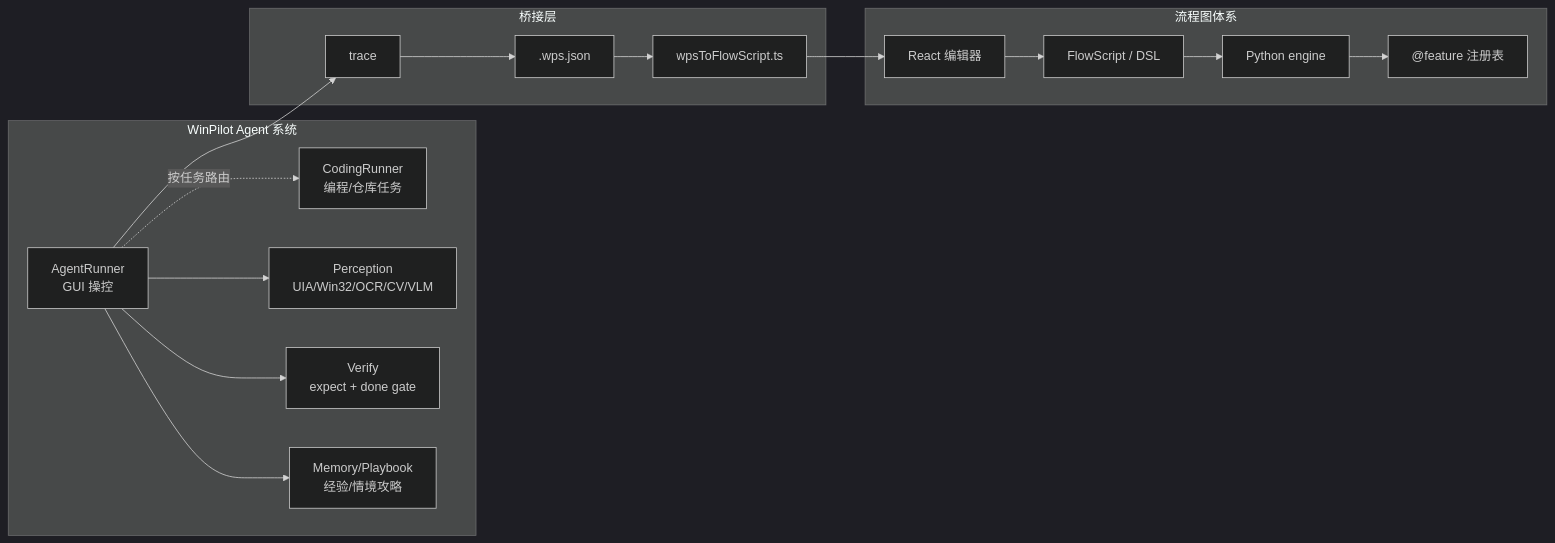
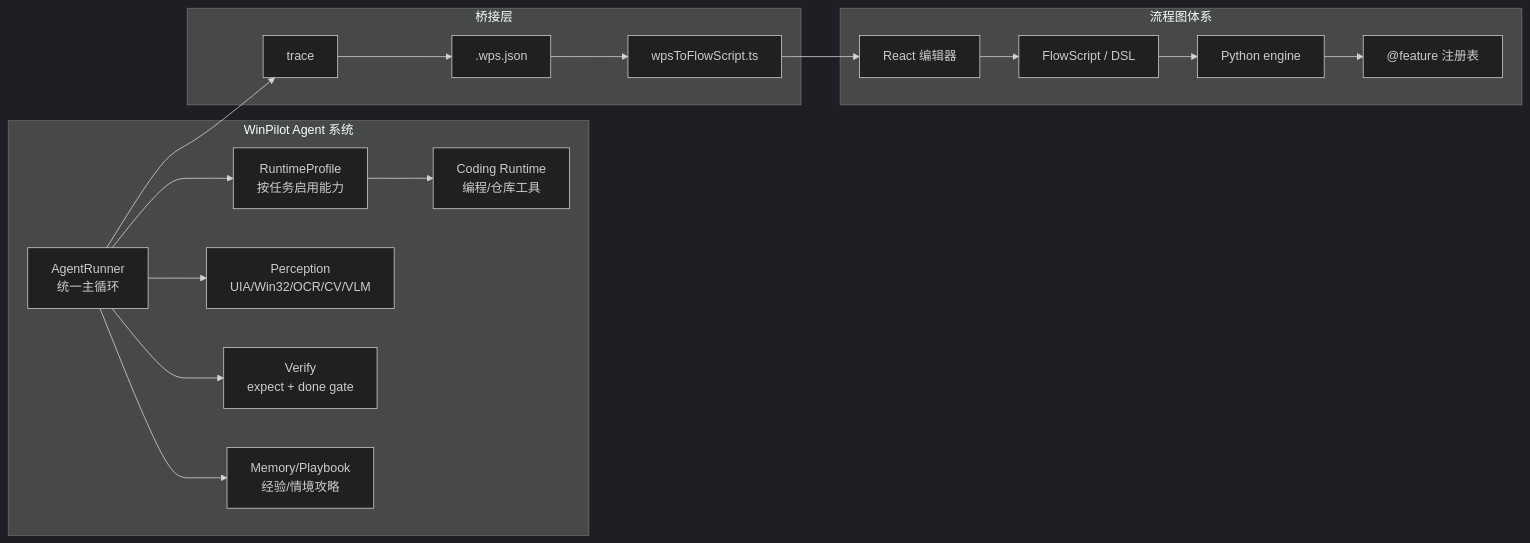
The third of 24 diagrams in docs/项目导览-面试版.md (zoujiapeng/lingdong-script), drawn with Mermaid (dark theme) before and after one commit. The commit also changed other lines of this file and 22 other files, not shown here.

Commit message:
Unify coding runtime under AgentRunner

````diff
--- a/docs/项目导览-面试版.md
+++ b/docs/项目导览-面试版.md
@@ -78,31 +78,32 @@
 ```mermaid
 flowchart LR
     subgraph W["WinPilot Agent 系统"]
-        A["AgentRunner<br/>GUI 操控"]
-        C["CodingRunner<br/>编程/仓库任务"]
+        A["AgentRunner<br/>统一主循环"]
+        R["RuntimeProfile<br/>按任务启用能力"]
+        C["Coding Runtime<br/>编程/仓库工具"]
         P["Perception<br/>UIA/Win32/OCR/CV/VLM"]
         V["Verify<br/>expect + done gate"]
         M["Memory/Playbook<br/>经验/情境攻略"]
     end
 
     subgraph B["桥接层"]
         T["trace"]
         S[".wps.json"]
         X["wpsToFlowScript.ts"]
     end
 
     subgraph F["流程图体系"]
         UI["React 编辑器"]
         DSL["FlowScript / DSL"]
         E["Python engine"]
         G["@feature 注册表"]
     end
 
     A --> P
     A --> V
     A --> M
-    A -.按任务路由.-> C
+    A --> R --> C
     A --> T --> S
     S --> X --> UI
     UI --> DSL --> E --> G
 ```
````
